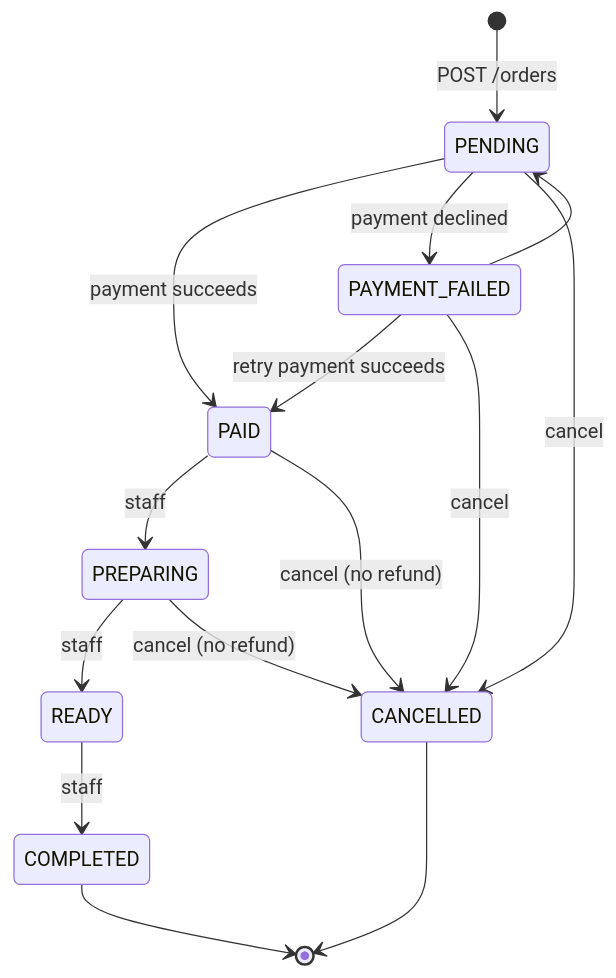
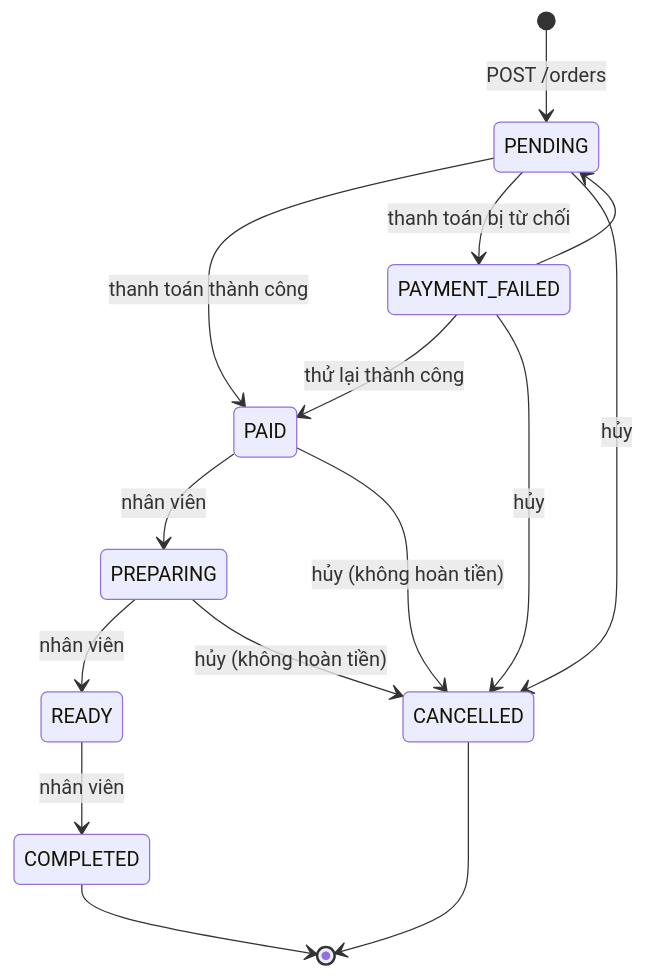
Before and after one commit to baokaka1192/BrewLite_Assign1: the diagram in README.md, drawn with Mermaid. The commit also changed other lines of this file, not shown here.

Commit message:
docs: viết lại README bằng tiếng Việt theo tính năng hiện tại

````diff
--- a/README.md
+++ b/README.md
@@ -171,17 +141,17 @@
 ```mermaid
 stateDiagram-v2
     [*] --> PENDING: POST /orders
-    PENDING --> PAID: payment succeeds
-    PENDING --> PAYMENT_FAILED: payment declined
-    PENDING --> CANCELLED: cancel
-    PAYMENT_FAILED --> PAID: retry payment succeeds
+    PENDING --> PAID: thanh toán thành công
+    PENDING --> PAYMENT_FAILED: thanh toán bị từ chối
+    PENDING --> CANCELLED: hủy
+    PAYMENT_FAILED --> PAID: thử lại thành công
     PAYMENT_FAILED --> PENDING
-    PAYMENT_FAILED --> CANCELLED: cancel
-    PAID --> PREPARING: staff
-    PAID --> CANCELLED: cancel (no refund)
-    PREPARING --> READY: staff
-    PREPARING --> CANCELLED: cancel (no refund)
-    READY --> COMPLETED: staff
+    PAYMENT_FAILED --> CANCELLED: hủy
+    PAID --> PREPARING: nhân viên
+    PAID --> CANCELLED: hủy (không hoàn tiền)
+    PREPARING --> READY: nhân viên
+    PREPARING --> CANCELLED: hủy (không hoàn tiền)
+    READY --> COMPLETED: nhân viên
     COMPLETED --> [*]
     CANCELLED --> [*]
 ```
````
